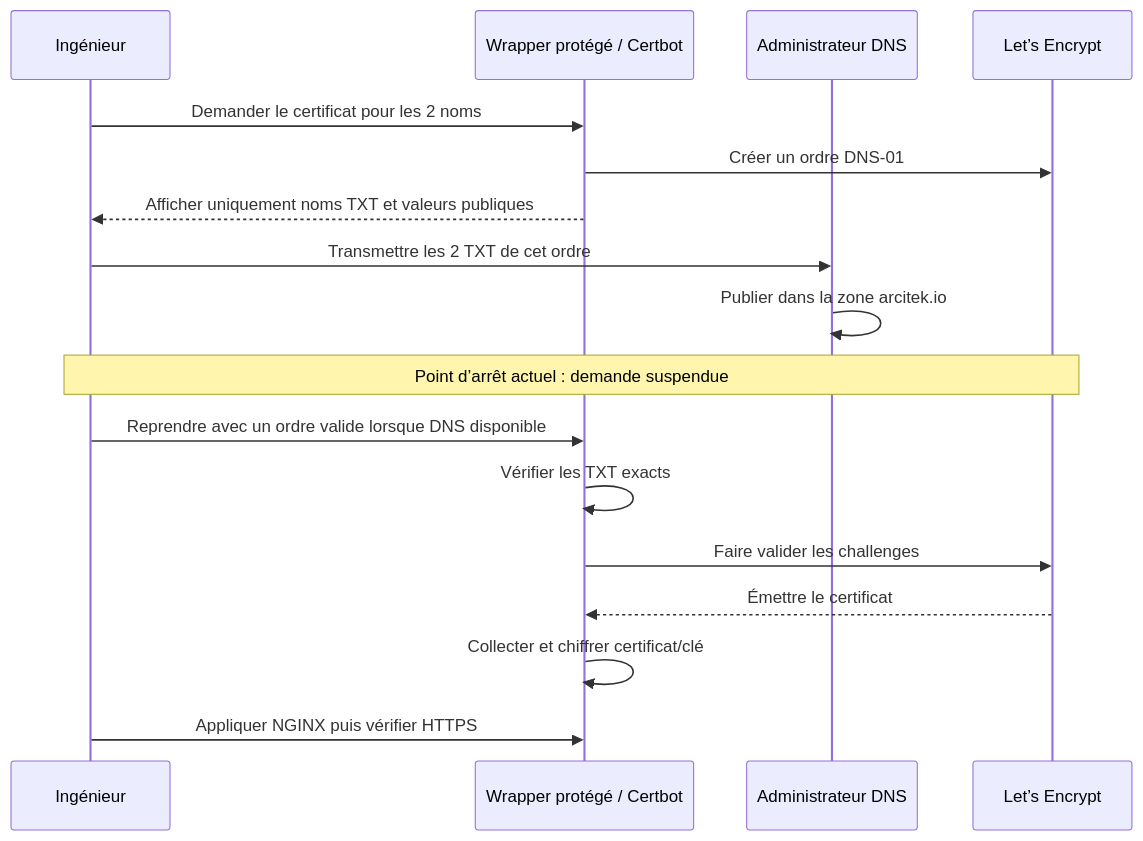
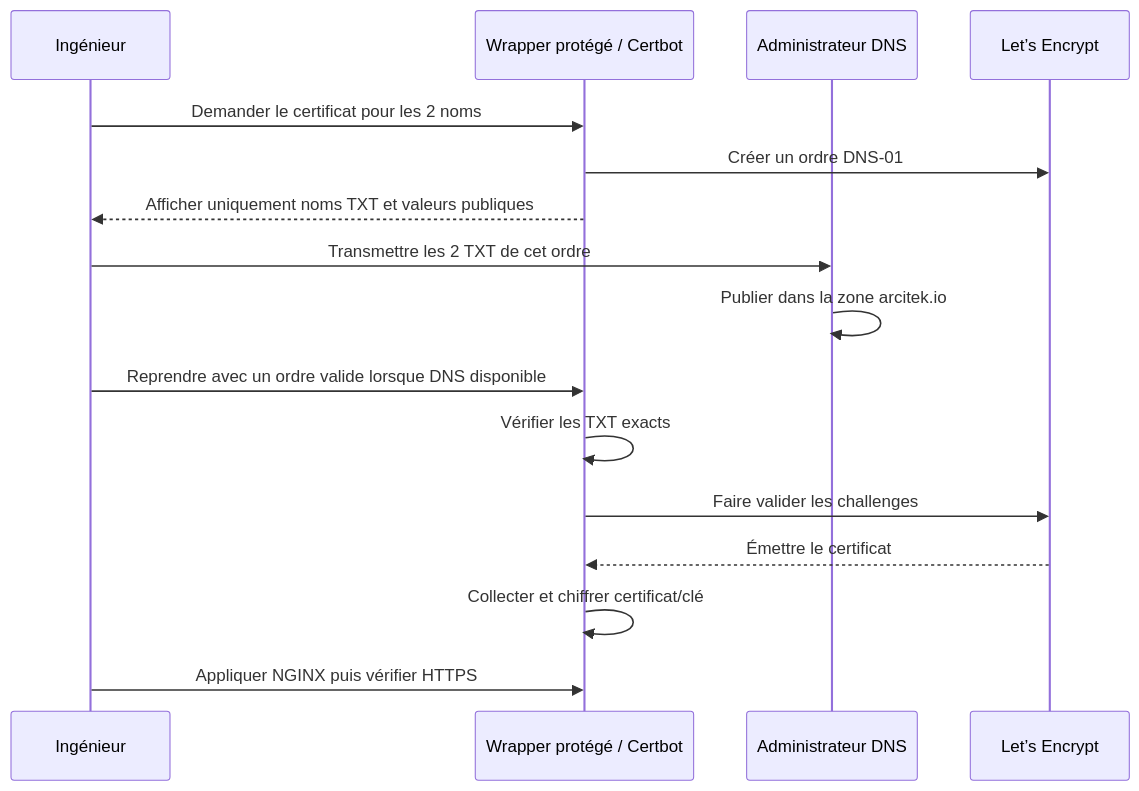
Before and after one commit to nicolastheuil/ArcIA: the diagram in docs/runbooks/certificats-dns.md, drawn with Mermaid. The commit also changed other lines of this file and 97 other files, not shown here.

````diff
--- a/docs/runbooks/certificats-dns.md
+++ b/docs/runbooks/certificats-dns.md
@@ -27,19 +24,18 @@
 ```mermaid
 sequenceDiagram
   participant I as Ingénieur
   participant C as Wrapper protégé / Certbot
   participant A as Administrateur DNS
   participant L as Let’s Encrypt
   I->>C: Demander le certificat pour les 2 noms
   C->>L: Créer un ordre DNS-01
   C-->>I: Afficher uniquement noms TXT et valeurs publiques
   I->>A: Transmettre les 2 TXT de cet ordre
   A->>A: Publier dans la zone arcitek.io
-  Note over I,L: Point d’arrêt actuel : demande suspendue
   I->>C: Reprendre avec un ordre valide lorsque DNS disponible
   C->>C: Vérifier les TXT exacts
   C->>L: Faire valider les challenges
   L-->>C: Émettre le certificat
   C->>C: Collecter et chiffrer certificat/clé
   I->>C: Appliquer NGINX puis vérifier HTTPS
 ```
````
